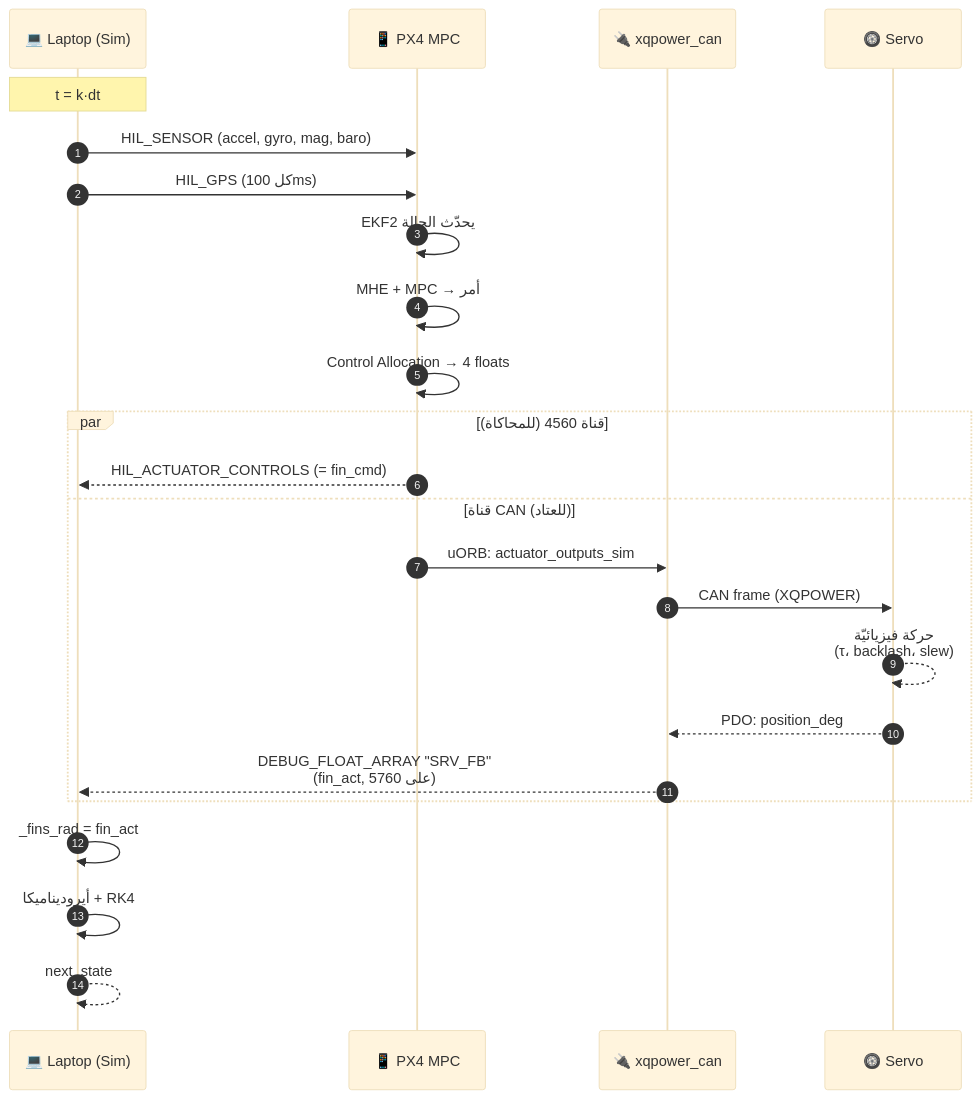
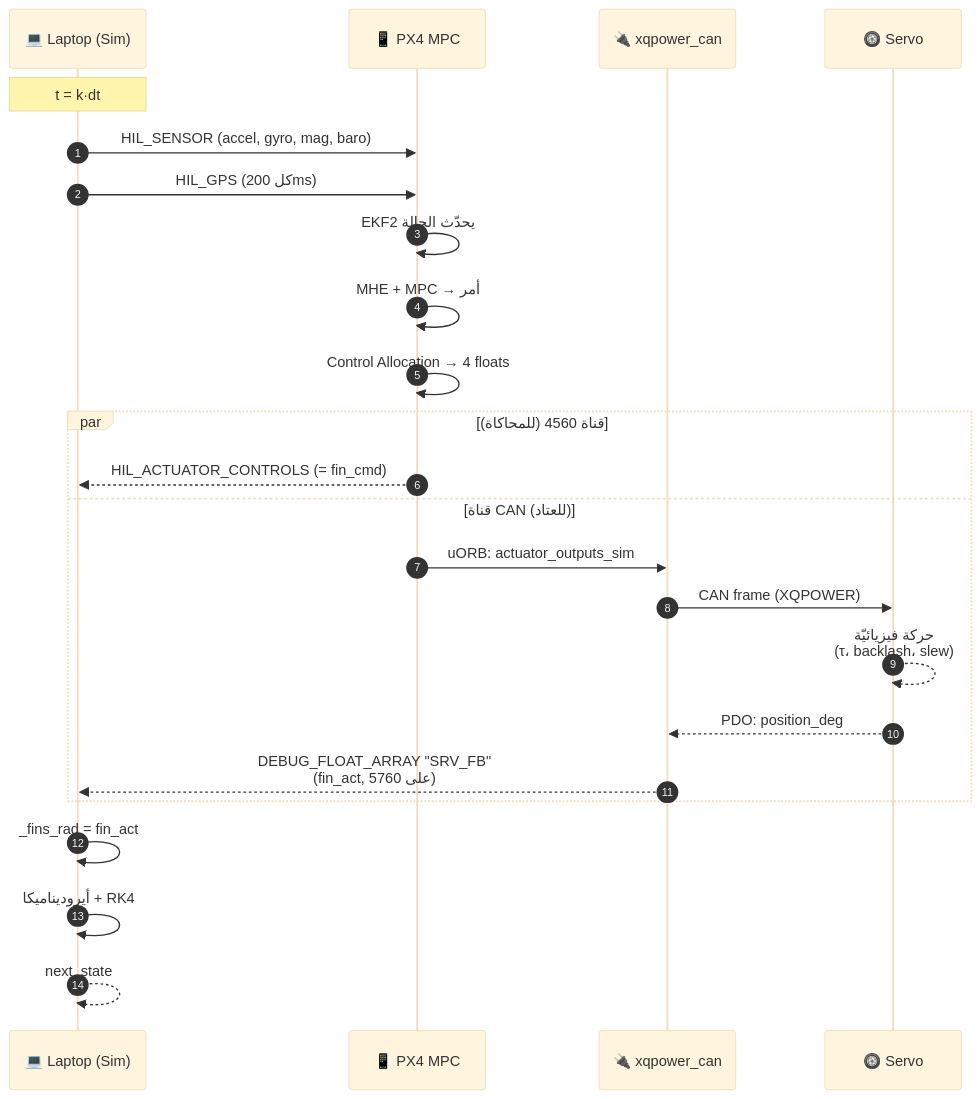
One commit to shebah2092-cloud/m133 changed the fifth of 10 diagrams in hil_sim_vs_px4.md. Above: the diagram before and after it, drawn with Mermaid. The commit also changed other lines of this file and 5 other files, not shown here.

````diff
--- a/hil_sim_vs_px4.md
+++ b/hil_sim_vs_px4.md
@@ -173,28 +173,28 @@
 ```mermaid
 %%{init: {'theme':'base'}}%%
 sequenceDiagram
   autonumber
   participant LAP as 💻 Laptop (Sim)
   participant PX4 as 📱 PX4 MPC
   participant DRV as 🔌 xqpower_can
   participant SRV as 🛞 Servo
 
   Note over LAP: t = k·dt
   LAP->>PX4: HIL_SENSOR (accel, gyro, mag, baro)
-  LAP->>PX4: HIL_GPS (كل 100ms)
+  LAP->>PX4: HIL_GPS (كل 200ms)
   PX4->>PX4: EKF2 يحدّث الحالة
   PX4->>PX4: MHE + MPC → أمر
   PX4->>PX4: Control Allocation → 4 floats
   par قناة 4560 (للمحاكاة)
     PX4-->>LAP: HIL_ACTUATOR_CONTROLS  (= fin_cmd)
   and قناة CAN (للعتاد)
     PX4->>DRV: uORB: actuator_outputs_sim
     DRV->>SRV: CAN frame (XQPOWER)
     SRV-->>SRV: حركة فيزيائيّة<br/>(τ، backlash، slew)
     SRV-->>DRV: PDO: position_deg
     DRV-->>LAP: DEBUG_FLOAT_ARRAY "SRV_FB"<br/>(fin_act, على 5760)
   end
   LAP->>LAP: _fins_rad = fin_act
   LAP->>LAP: أيروديناميكا + RK4
   LAP-->>LAP: next_state
 ```
````
